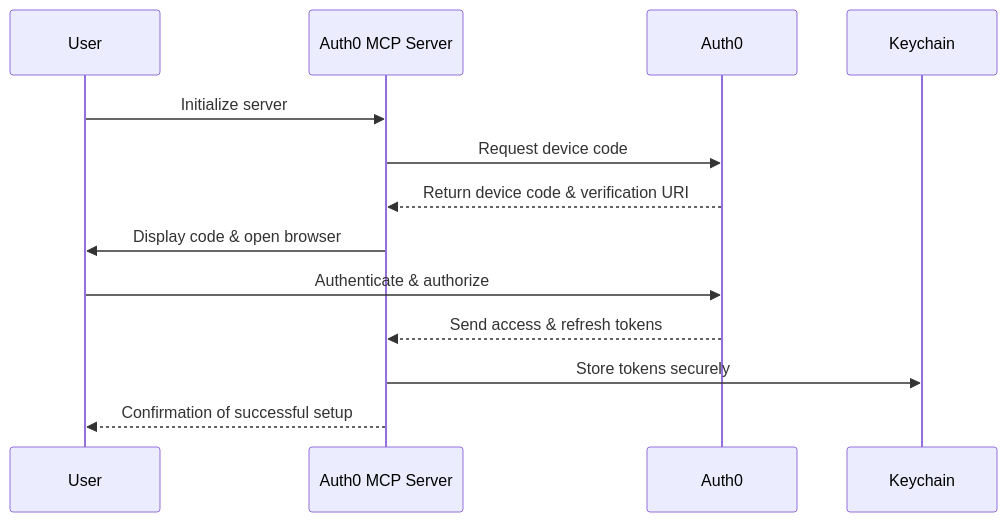
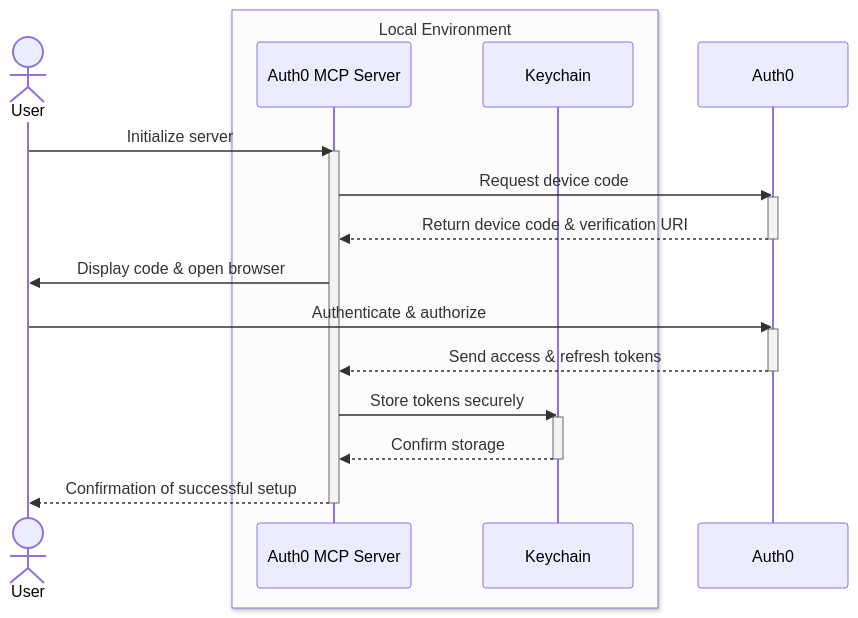
The diagram in README.md (auth0/auth0-mcp-server), drawn with Mermaid before and after one commit. The commit also changed other lines of this file and 5 other files, not shown here.

````diff
--- a/README.md
+++ b/README.md
@@ -172,16 +175,27 @@
 ```mermaid
 sequenceDiagram
-    participant User
-    participant Auth0MCP as Auth0 MCP Server
+    actor User
+    box rgb(252, 252, 252) Local Environment
+        participant Auth0MCP as Auth0 MCP Server
+        participant Keychain
+    end
     participant Auth0
-    participant Keychain
 
     User->>Auth0MCP: Initialize server
+    activate Auth0MCP
     Auth0MCP->>Auth0: Request device code
+    activate Auth0
     Auth0-->>Auth0MCP: Return device code & verification URI
+    deactivate Auth0
     Auth0MCP->>User: Display code & open browser
     User->>Auth0: Authenticate & authorize
+    activate Auth0
     Auth0-->>Auth0MCP: Send access & refresh tokens
+    deactivate Auth0
     Auth0MCP->>Keychain: Store tokens securely
+    activate Keychain
+    Keychain-->>Auth0MCP: Confirm storage
+    deactivate Keychain
     Auth0MCP-->>User: Confirmation of successful setup
+    deactivate Auth0MCP
 ```
````
